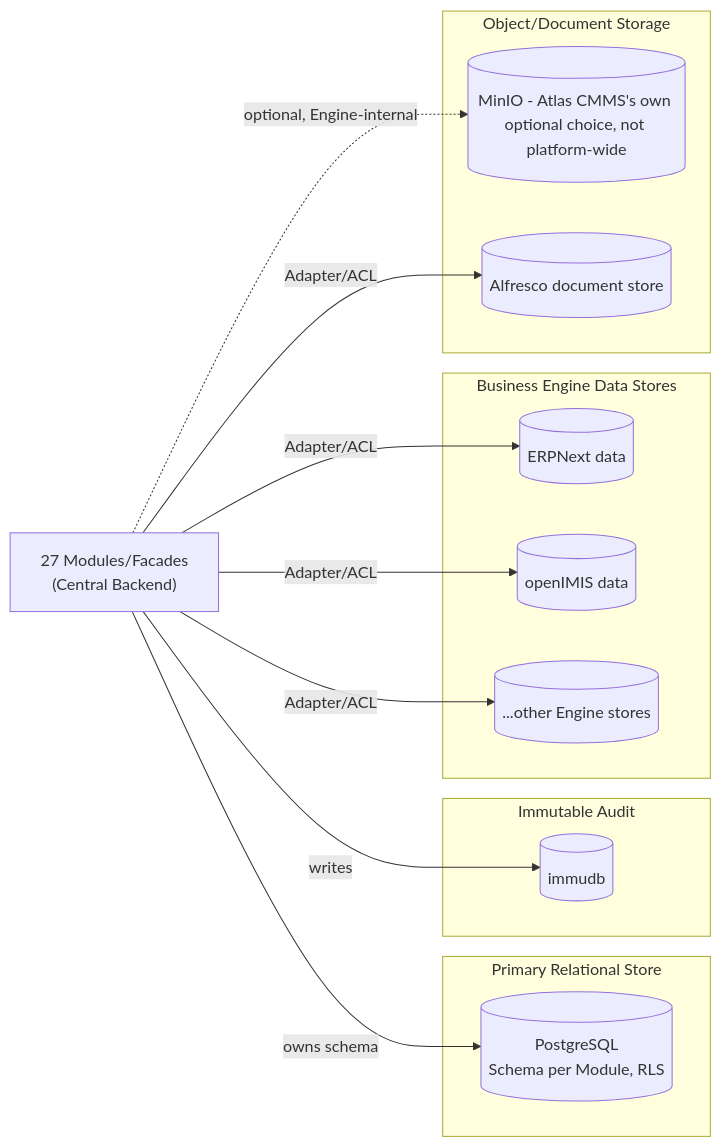
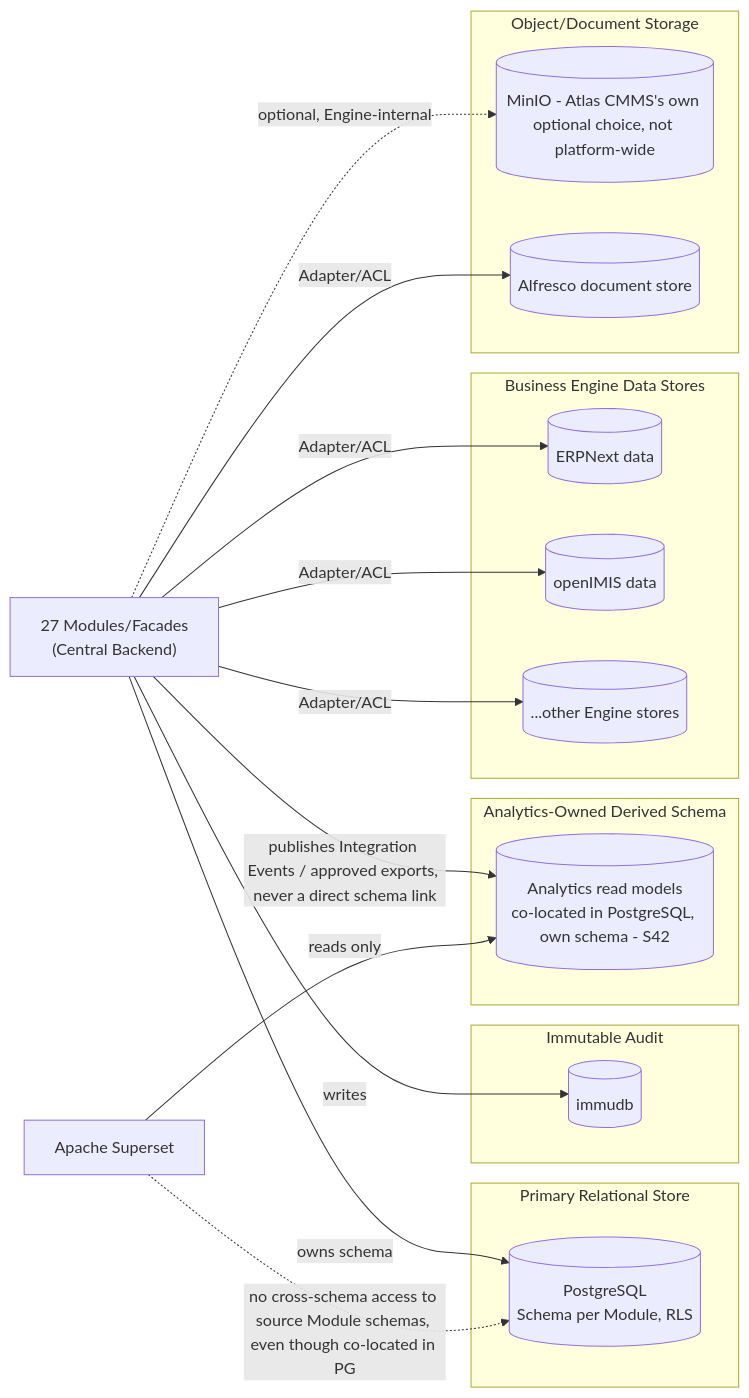
Before and after one commit to Darhous/test-m3ml: the seventh of 8 diagrams in docs/sad/06-deployment-view.md, drawn with Mermaid. The commit also changed other lines of this file, not shown here.

````diff
--- a/docs/sad/06-deployment-view.md
+++ b/docs/sad/06-deployment-view.md
@@ -497,26 +568,32 @@
 ```mermaid
 flowchart LR
     subgraph Primary["Primary Relational Store"]
         PG[("PostgreSQL<br/>Schema per Module, RLS")]
     end
     subgraph Audit["Immutable Audit"]
         IMMU[("immudb")]
     end
     subgraph BizData["Business Engine Data Stores"]
         ERP[("ERPNext data")]
         IMIS[("openIMIS data")]
         OTHER[("...other Engine stores")]
     end
     subgraph ObjStore["Object/Document Storage"]
         MINIO[("MinIO - Atlas CMMS's own optional choice, not platform-wide")]
         ALF[("Alfresco document store")]
     end
+    subgraph AnalyticsData["Analytics-Owned Derived Schema"]
+        AREAD[("Analytics read models<br/>co-located in PostgreSQL, own schema - S42")]
+    end
 
     Modules["27 Modules/Facades<br/>(Central Backend)"] -->|owns schema| PG
     Modules -->|writes| IMMU
     Modules -->|Adapter/ACL| ERP
     Modules -->|Adapter/ACL| IMIS
     Modules -->|Adapter/ACL| OTHER
     Modules -->|Adapter/ACL| ALF
     Modules -.->|optional, Engine-internal| MINIO
+    Modules -->|publishes Integration Events / approved exports, never a direct schema link| AREAD
+    SUPERSET["Apache Superset"] -->|reads only| AREAD
+    SUPERSET -.->|no cross-schema access to source Module schemas, even though co-located in PG| PG
 ```
````
